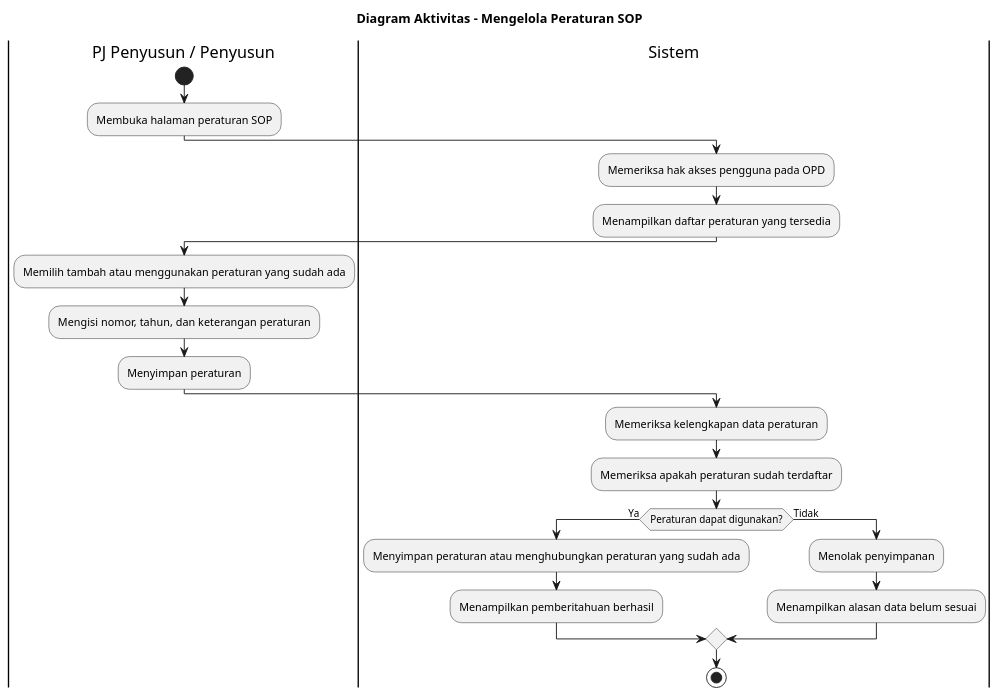
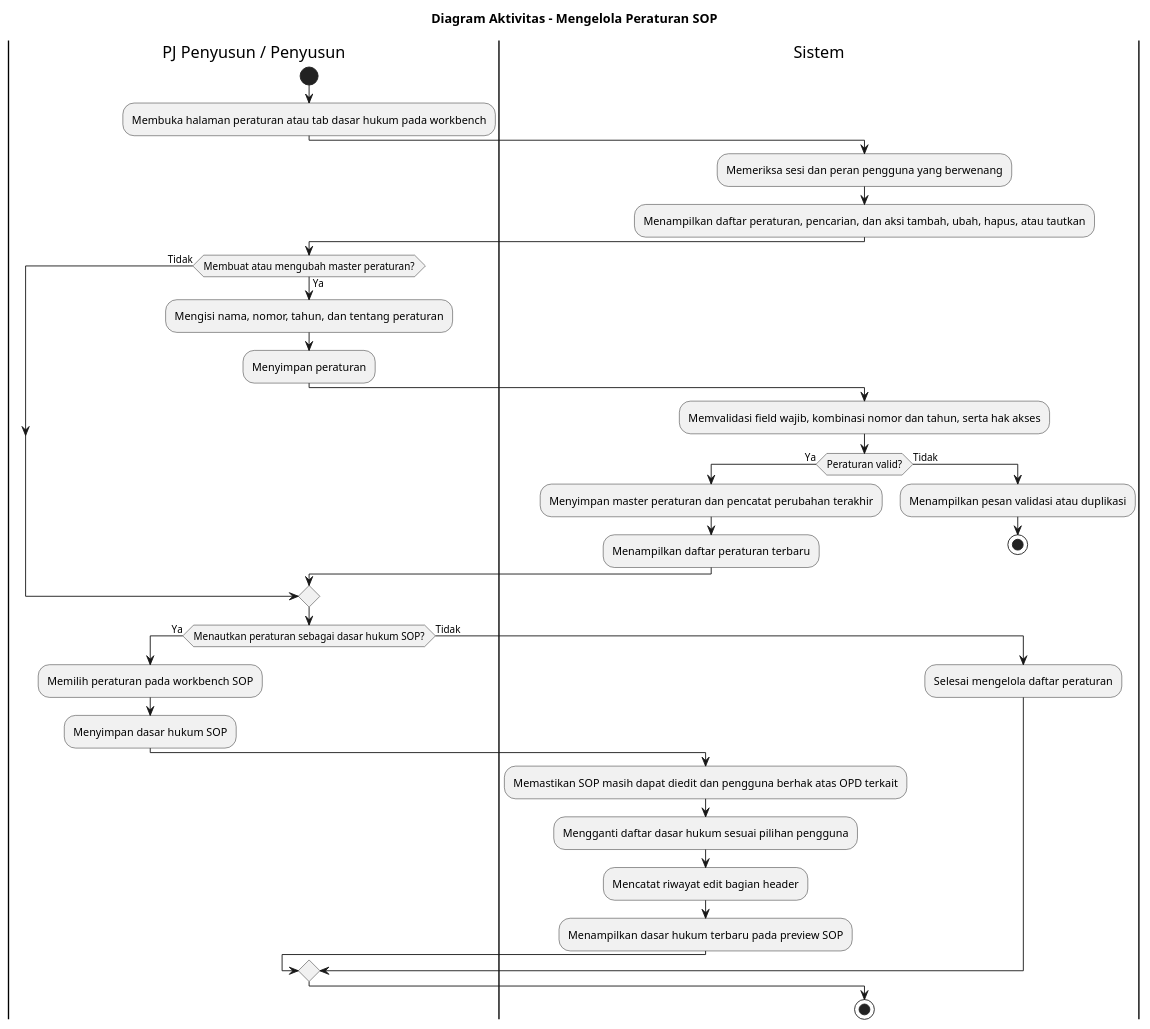
The diagram in docs/activity-diagram/lampiran/pj-penyusun-penyusun-mengelola-peraturan-sop.md (howlil/sop-generate-app), drawn with PlantUML before and after one commit. The commit also changed other lines of this file and 90 other files, not shown here.

````diff
--- a/docs/activity-diagram/lampiran/pj-penyusun-penyusun-mengelola-peraturan-sop.md
+++ b/docs/activity-diagram/lampiran/pj-penyusun-penyusun-mengelola-peraturan-sop.md
@@ -16,31 +16,47 @@
 ```plantuml
 @startuml
 title Diagram Aktivitas - Mengelola Peraturan SOP
 
 |PJ Penyusun / Penyusun|
 start
-:Membuka halaman peraturan SOP;
+:Membuka halaman peraturan atau tab dasar hukum pada workbench;
 
 |Sistem|
-:Memeriksa hak akses pengguna pada OPD;
-:Menampilkan daftar peraturan yang tersedia;
+:Memeriksa sesi dan peran pengguna yang berwenang;
+:Menampilkan daftar peraturan, pencarian, dan aksi tambah, ubah, hapus, atau tautkan;
 
 |PJ Penyusun / Penyusun|
-:Memilih tambah atau menggunakan peraturan yang sudah ada;
-:Mengisi nomor, tahun, dan keterangan peraturan;
-:Menyimpan peraturan;
+if (Membuat atau mengubah master peraturan?) then (Ya)
+  :Mengisi nama, nomor, tahun, dan tentang peraturan;
+  :Menyimpan peraturan;
 
-|Sistem|
-:Memeriksa kelengkapan data peraturan;
-:Memeriksa apakah peraturan sudah terdaftar;
-if (Peraturan dapat digunakan?) then (Ya)
-  :Menyimpan peraturan atau menghubungkan peraturan yang sudah ada;
-  :Menampilkan pemberitahuan berhasil;
+  |Sistem|
+  :Memvalidasi field wajib, kombinasi nomor dan tahun, serta hak akses;
+
+  if (Peraturan valid?) then (Ya)
+    :Menyimpan master peraturan dan pencatat perubahan terakhir;
+    :Menampilkan daftar peraturan terbaru;
+  else (Tidak)
+    :Menampilkan pesan validasi atau duplikasi;
+    stop
+  endif
 else (Tidak)
-  :Menolak penyimpanan;
-  :Menampilkan alasan data belum sesuai;
+endif
+
+|PJ Penyusun / Penyusun|
+if (Menautkan peraturan sebagai dasar hukum SOP?) then (Ya)
+  :Memilih peraturan pada workbench SOP;
+  :Menyimpan dasar hukum SOP;
+
+  |Sistem|
+  :Memastikan SOP masih dapat diedit dan pengguna berhak atas OPD terkait;
+  :Mengganti daftar dasar hukum sesuai pilihan pengguna;
+  :Mencatat riwayat edit bagian header;
+  :Menampilkan dasar hukum terbaru pada preview SOP;
+else (Tidak)
+  :Selesai mengelola daftar peraturan;
 endif
 
 stop
 @enduml
 ```
````
